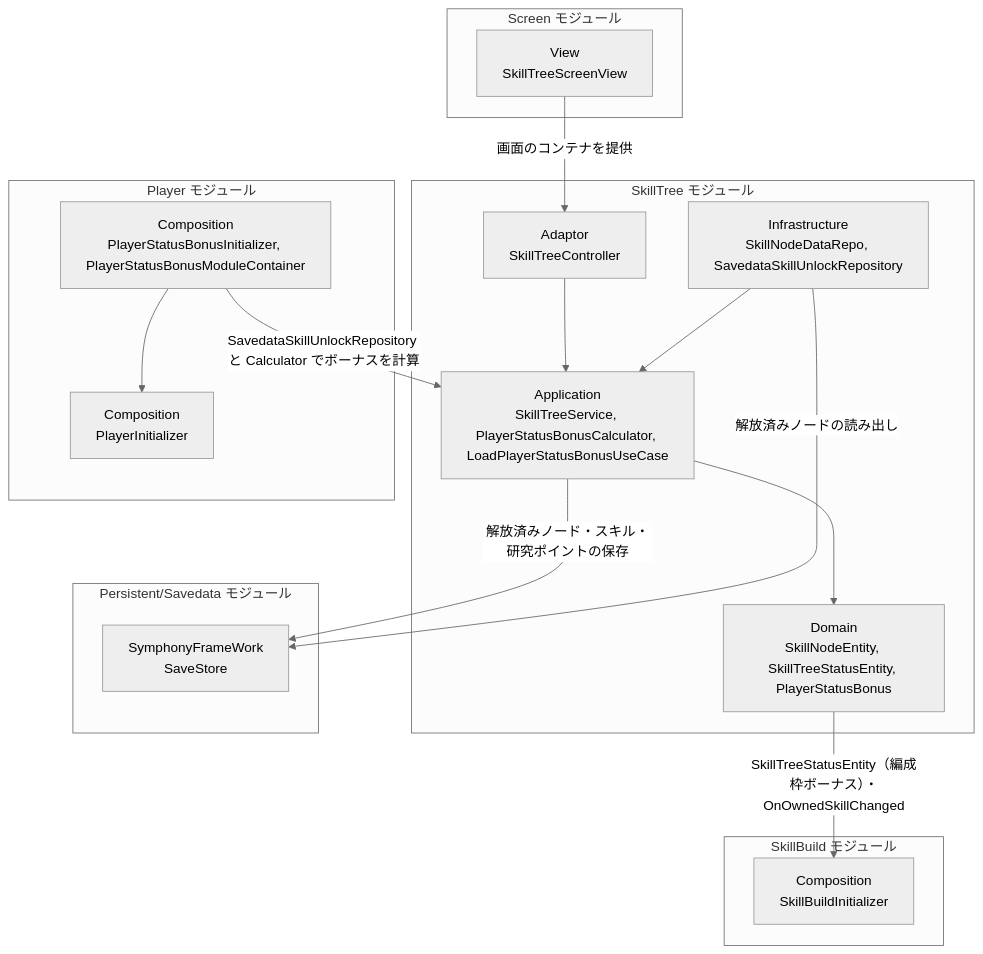
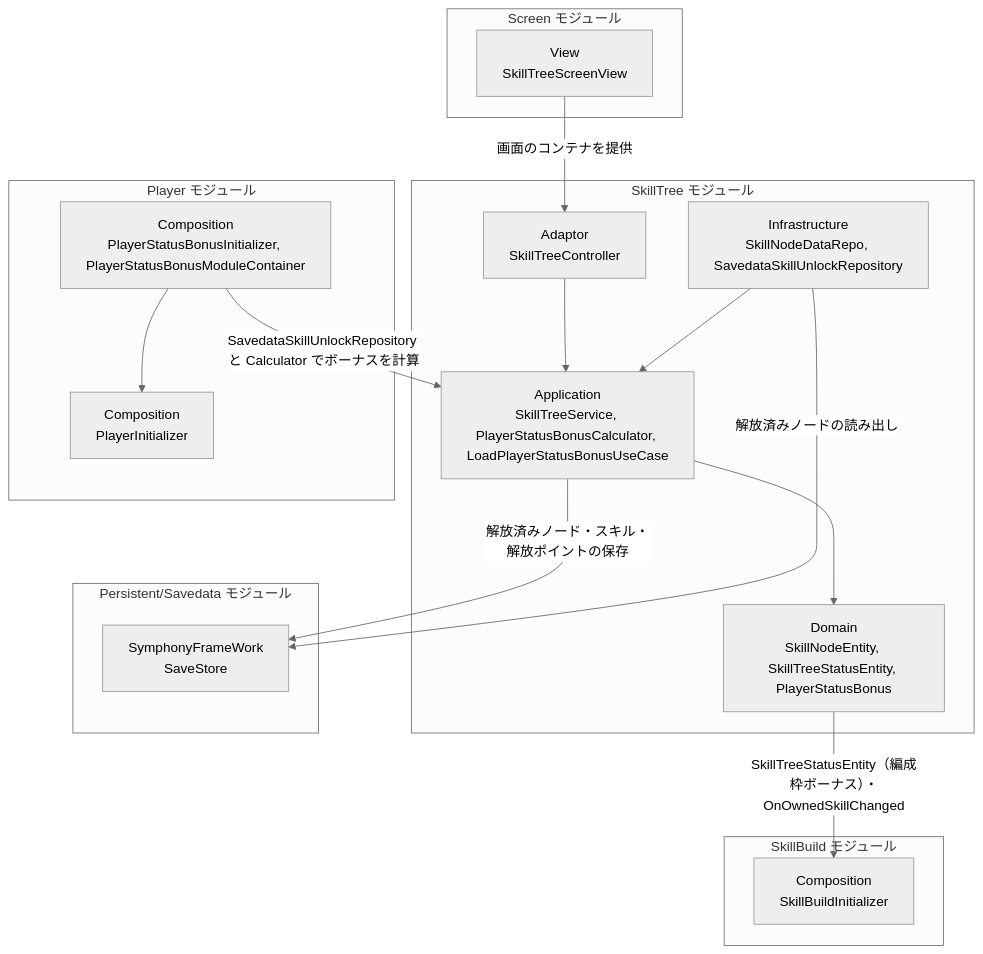
Before and after one commit to HIBIKI5201/SymphonyKillChord: the diagram in Docs/NotionMigration/pages/A3a/3bf7c2c6-cc02-81e0-bbc6-c0008d16f3bf.md, drawn with Mermaid (neutral theme). The commit also changed other lines of this file and 175 other files, not shown here.

````diff
--- a/Docs/NotionMigration/pages/A3a/3bf7c2c6-cc02-81e0-bbc6-c0008d16f3bf.md
+++ b/Docs/NotionMigration/pages/A3a/3bf7c2c6-cc02-81e0-bbc6-c0008d16f3bf.md
@@ -98,38 +101,38 @@
 ```Mermaid
 graph TD
     %% 定義 (接続のないレイヤーは省略)
     subgraph SkillTreeModule [SkillTree モジュール]
         ST_Domain["Domain<br>SkillNodeEntity, SkillTreeStatusEntity, PlayerStatusBonus"]
         ST_App["Application<br>SkillTreeService, PlayerStatusBonusCalculator, LoadPlayerStatusBonusUseCase"]
         ST_Adaptor["Adaptor<br>SkillTreeController"]
         ST_Infra["Infrastructure<br>SkillNodeDataRepo, SavedataSkillUnlockRepository"]
         ST_Adaptor --> ST_App
         ST_App --> ST_Domain
         ST_Infra --> ST_App
     end
 
     subgraph SavedataModule [Persistent/Savedata モジュール]
         SD_Store["SymphonyFrameWork<br>SaveStore"]
     end
 
     subgraph ScreenModule [Screen モジュール]
         SC_View["View<br>SkillTreeScreenView"]
     end
 
     subgraph SkillBuildModule [SkillBuild モジュール]
         SB_Composition["Composition<br>SkillBuildInitializer"]
     end
 
     subgraph PlayerModule [Player モジュール]
         P_Bonus["Composition<br>PlayerStatusBonusInitializer, PlayerStatusBonusModuleContainer"]
         P_Init["Composition<br>PlayerInitializer"]
         P_Bonus --> P_Init
     end
 
     %% 依存関係
-    ST_App -->|"解放済みノード・スキル・研究ポイントの保存"| SD_Store
+    ST_App -->|"解放済みノード・スキル・解放ポイントの保存"| SD_Store
     ST_Infra -->|"解放済みノードの読み出し"| SD_Store
     SC_View -->|"画面のコンテナを提供"| ST_Adaptor
     ST_Domain -->|"SkillTreeStatusEntity（編成枠ボーナス）・OnOwnedSkillChanged"| SB_Composition
     P_Bonus -->|"SavedataSkillUnlockRepository と Calculator でボーナスを計算"| ST_App
 ```
````
